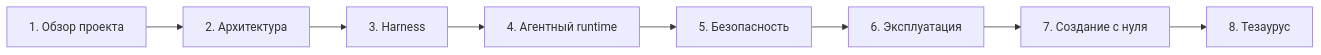
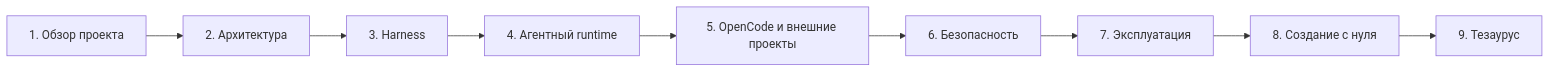
The diagram in docs/README.md (Vlodzimej/iona), drawn with Mermaid before and after one commit. The commit also changed other lines of this file and 33 other files, not shown here.

Commit message:
feat(harness): add isolated OpenCode MCP workflow

````diff
--- a/docs/README.md
+++ b/docs/README.md
@@ -11,10 +11,11 @@
 ```mermaid
 flowchart LR
     A["1. Обзор проекта"] --> B["2. Архитектура"]
     B --> C["3. Harness"]
     C --> D["4. Агентный runtime"]
-    D --> E["5. Безопасность"]
-    E --> F["6. Эксплуатация"]
-    F --> G["7. Создание с нуля"]
-    G --> H["8. Тезаурус"]
+    D --> X["5. OpenCode и внешние проекты"]
+    X --> E["6. Безопасность"]
+    E --> F["7. Эксплуатация"]
+    F --> G["8. Создание с нуля"]
+    G --> H["9. Тезаурус"]
 ```
````
